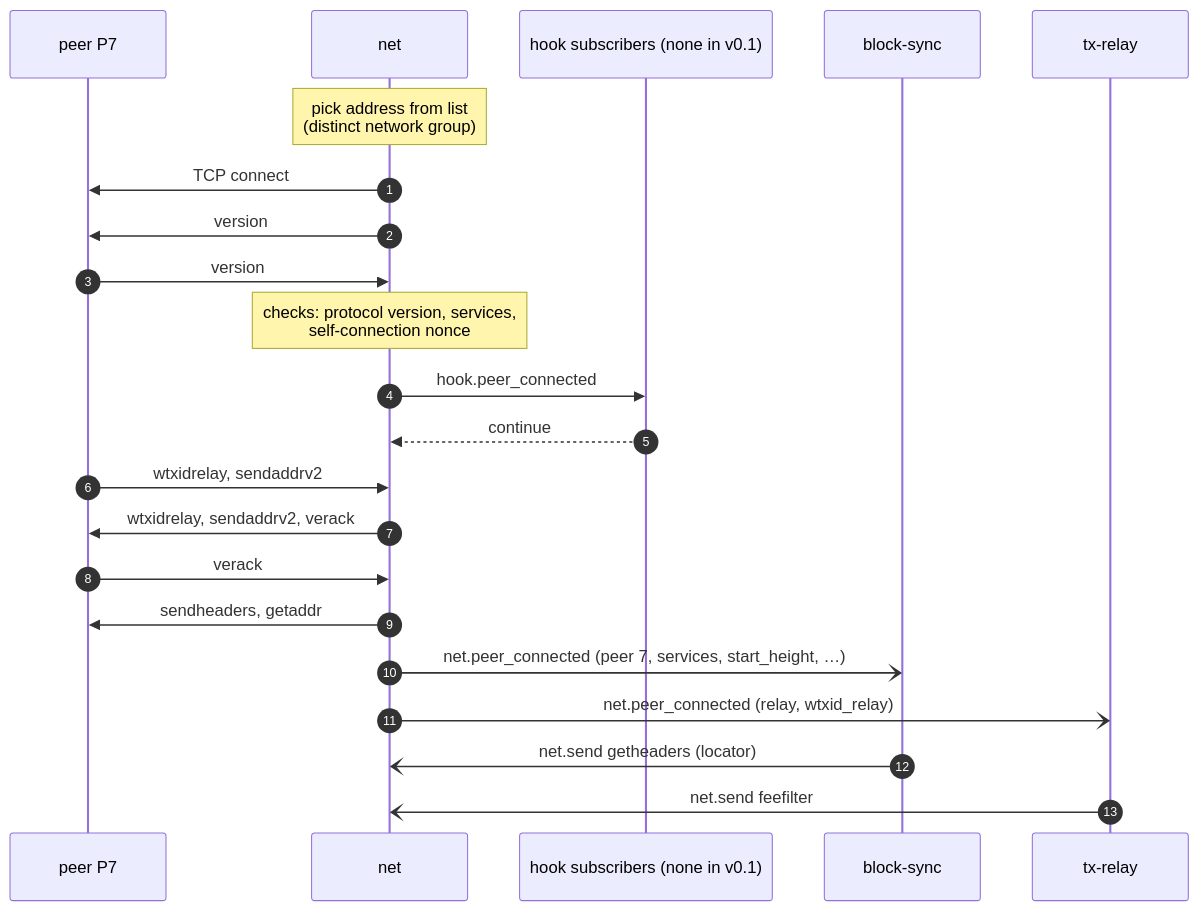
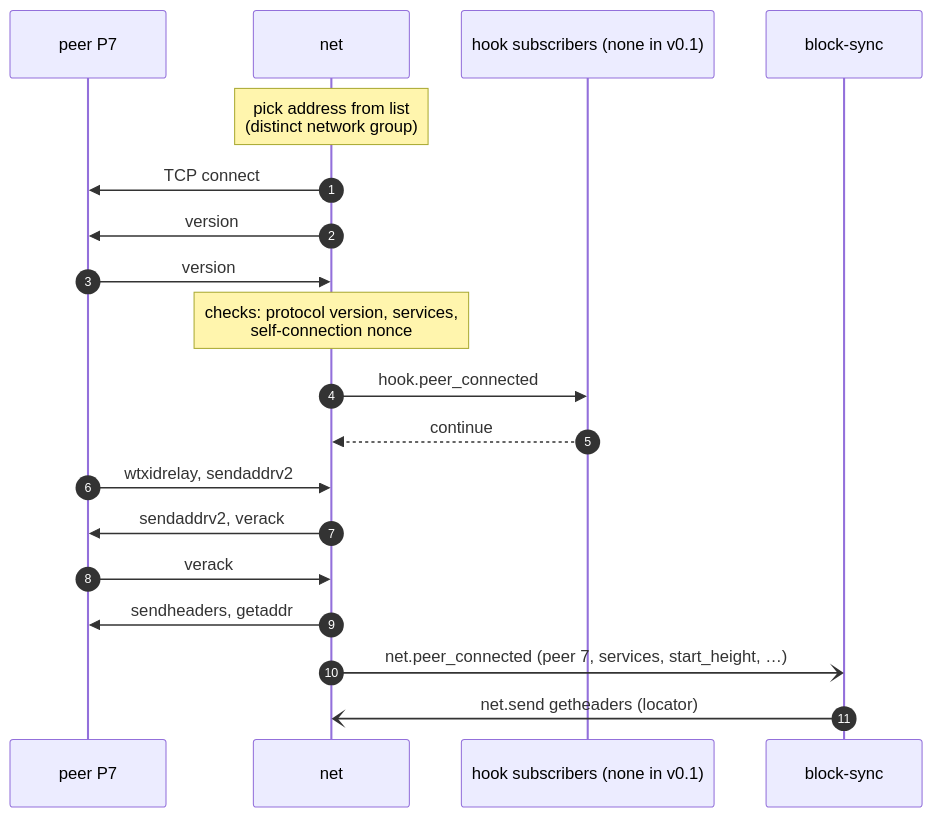
One commit to RustBTCD/btcd changed the first of 3 diagrams in docs/flows/peer-lifecycle.md. Above: the diagram before and after it, drawn with Mermaid. The commit also changed other lines of this file and 31 other files, not shown here.

````diff
--- a/docs/flows/peer-lifecycle.md
+++ b/docs/flows/peer-lifecycle.md
@@ -7,25 +8,22 @@
 ```mermaid
 sequenceDiagram
     autonumber
     participant P as peer P7
     participant N as net
     participant H as hook subscribers (none in v0.1)
     participant BS as block-sync
-    participant TR as tx-relay
 
     Note over N: pick address from list<br/>(distinct network group)
     N->>P: TCP connect
     N->>P: version
     P->>N: version
     Note over N: checks: protocol version, services,<br/>self-connection nonce
     N->>H: hook.peer_connected
     H-->>N: continue
     P->>N: wtxidrelay, sendaddrv2
-    N->>P: wtxidrelay, sendaddrv2, verack
+    N->>P: sendaddrv2, verack
     P->>N: verack
     N->>P: sendheaders, getaddr
     N-)BS: net.peer_connected (peer 7, services, start_height, …)
-    N-)TR: net.peer_connected (relay, wtxid_relay)
     BS-)N: net.send getheaders (locator)
-    TR-)N: net.send feefilter
 ```
````
